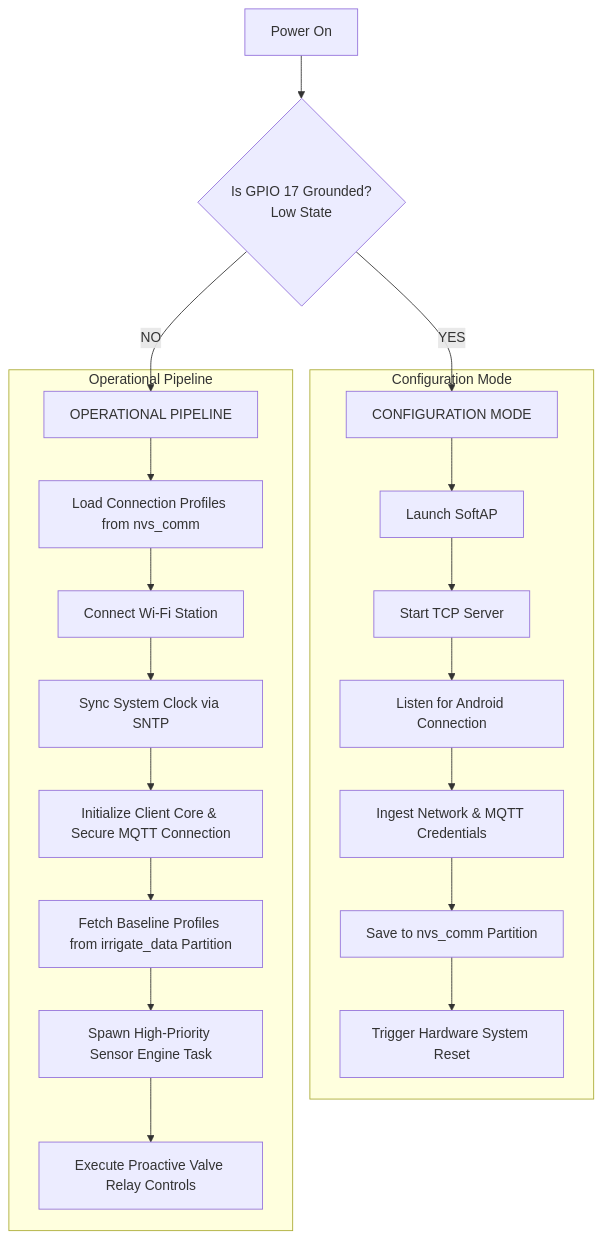
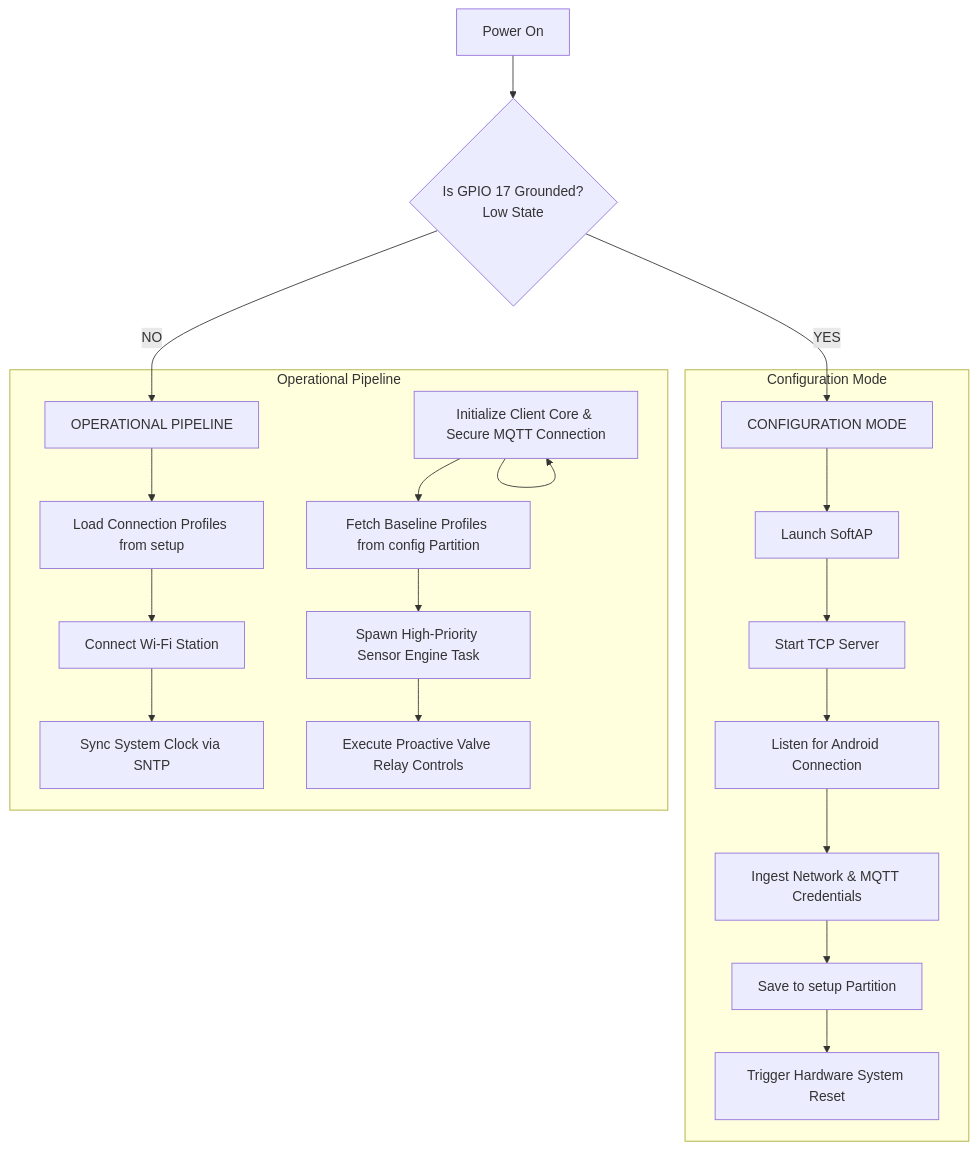
One commit to yuvalkuck/smart-irrigate changed the diagram in README.md. Above: the diagram before and after it, drawn with Mermaid. The commit also changed other lines of this file and 2 other files, not shown here.

````diff
--- a/README.md
+++ b/README.md
@@ -16,26 +16,26 @@
 ```mermaid
 graph TD
     A[Power On] --> B{Is GPIO 17 Grounded?<br>Low State}
     
     B -- YES --> C[CONFIGURATION MODE]
     B -- NO  --> D[OPERATIONAL PIPELINE]
     
     subgraph Configuration Mode
         C --> C1[Launch SoftAP]
         C1 --> C2[Start TCP Server]
         C2 --> C3[Listen for Android Connection]
         C3 --> C4[Ingest Network & MQTT Credentials]
-        C4 --> C5[Save to nvs_comm Partition]
+        C4 --> C5[Save to setup Partition]
         C5 --> C6[Trigger Hardware System Reset]
     end
     
     subgraph Operational Pipeline
-        D --> D1[Load Connection Profiles from nvs_comm]
+        D --> D1[Load Connection Profiles from setup]
         D1 --> D2[Connect Wi-Fi Station]
         D2 --> D3[Sync System Clock via SNTP]
-        D3 --> D4[Initialize Client Core & Secure MQTT Connection]
-        D4 --> D5[Fetch Baseline Profiles from irrigate_data Partition]
+        D4 --> D4[Initialize Client Core & Secure MQTT Connection]
+        D4 --> D5[Fetch Baseline Profiles from config Partition]
         D5 --> D6[Spawn High-Priority Sensor Engine Task]
         D6 --> D7[Execute Proactive Valve Relay Controls]
     end
 ```
````
